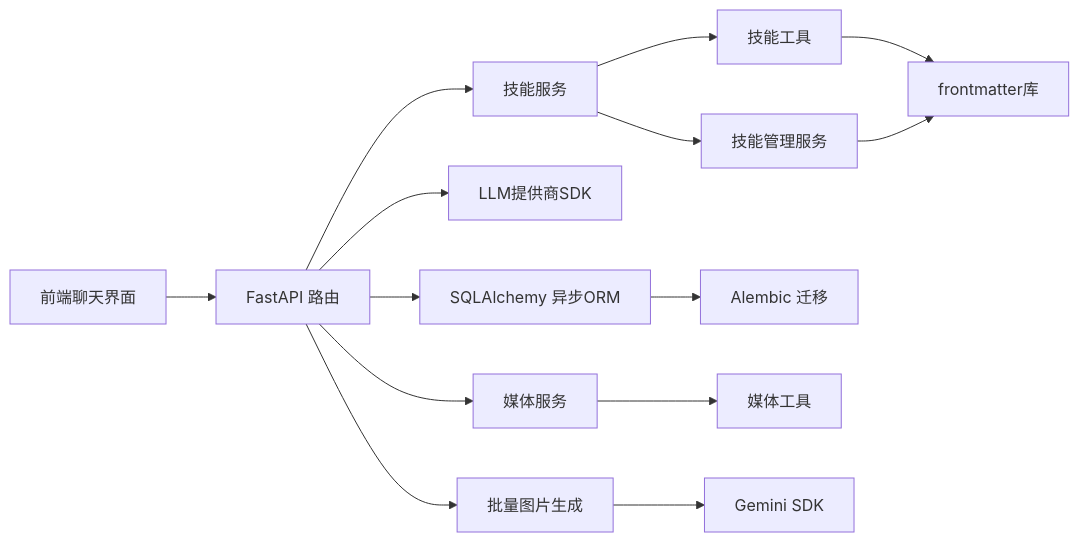
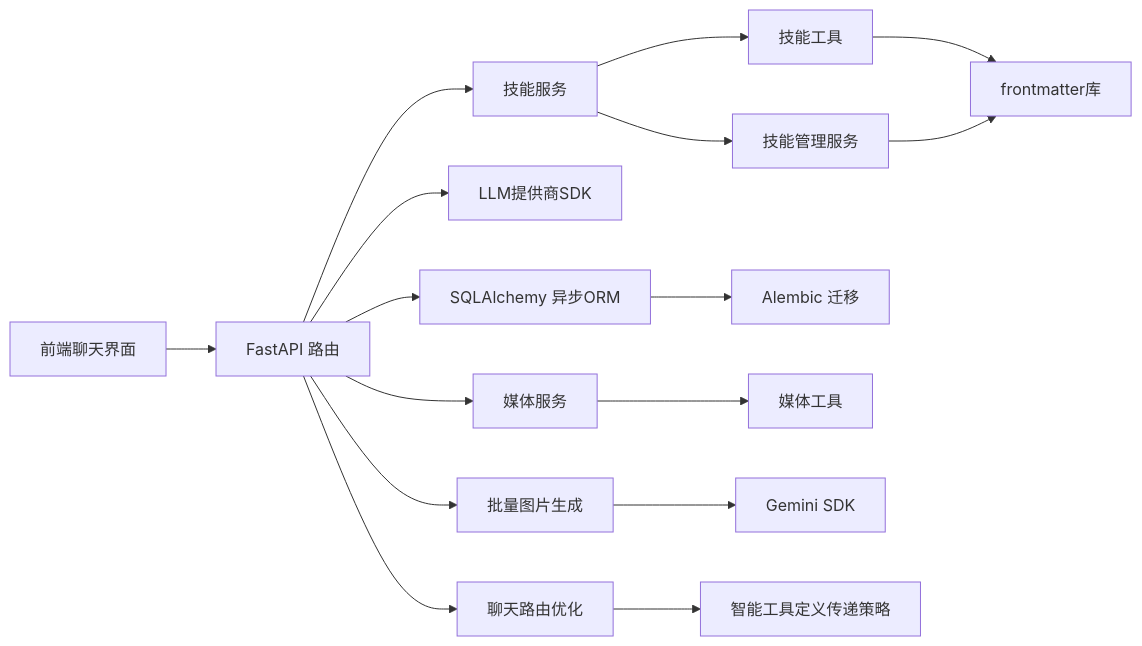
One commit to KunLabAI/KunFlix changed diagram 12 of 12 in .qoder/repowiki/zh/content/后端开发指南/API路由系统/聊天交互API.md. Above: the diagram before and after it, drawn with Mermaid. The commit also changed other lines of this file and 43 other files, not shown here.

````diff
--- a/.qoder/repowiki/zh/content/后端开发指南/API路由系统/聊天交互API.md
+++ b/.qoder/repowiki/zh/content/后端开发指南/API路由系统/聊天交互API.md
@@ -508,16 +599,18 @@
 ```mermaid
 graph LR
 FE["前端聊天界面"] --> API["FastAPI 路由"]
 API --> DB["SQLAlchemy 异步ORM"]
 API --> LLM["LLM提供商SDK"]
 API --> Media["媒体服务"]
 API --> BatchGen["批量图片生成"]
 API --> Skills["技能服务"]
 Skills --> SkillTools["技能工具"]
 Skills --> SkillManager["技能管理服务"]
 DB --> MIG["Alembic 迁移"]
 Media --> Utils["媒体工具"]
 BatchGen --> Gemini["Gemini SDK"]
 SkillTools --> Frontmatter["frontmatter库"]
 SkillManager --> Frontmatter
+API --> Optimization["聊天路由优化"]
+Optimization --> ToolDefStrategy["智能工具定义传递策略"]
 ```
````
